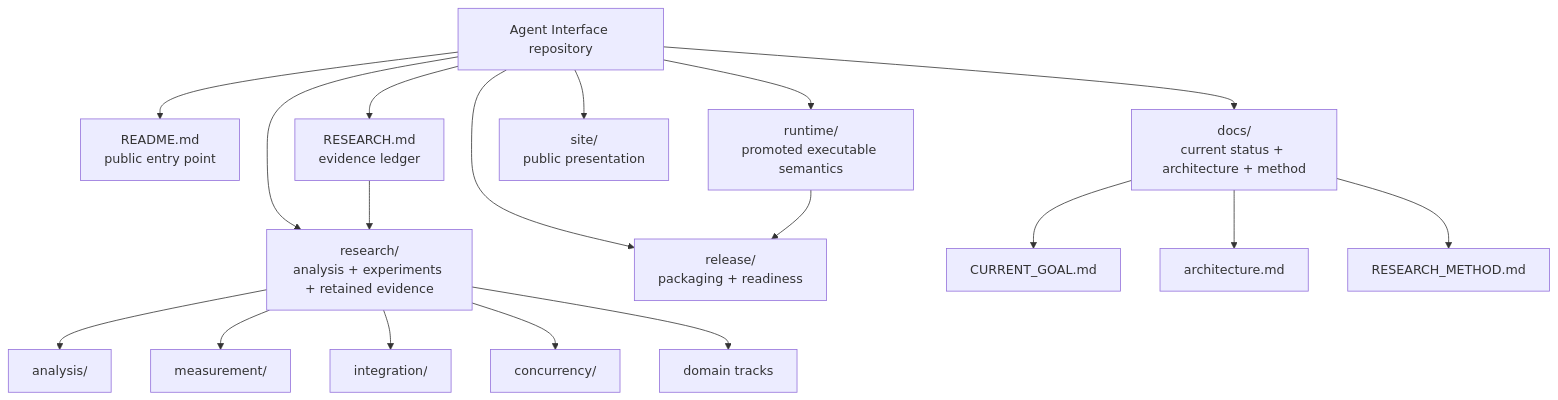
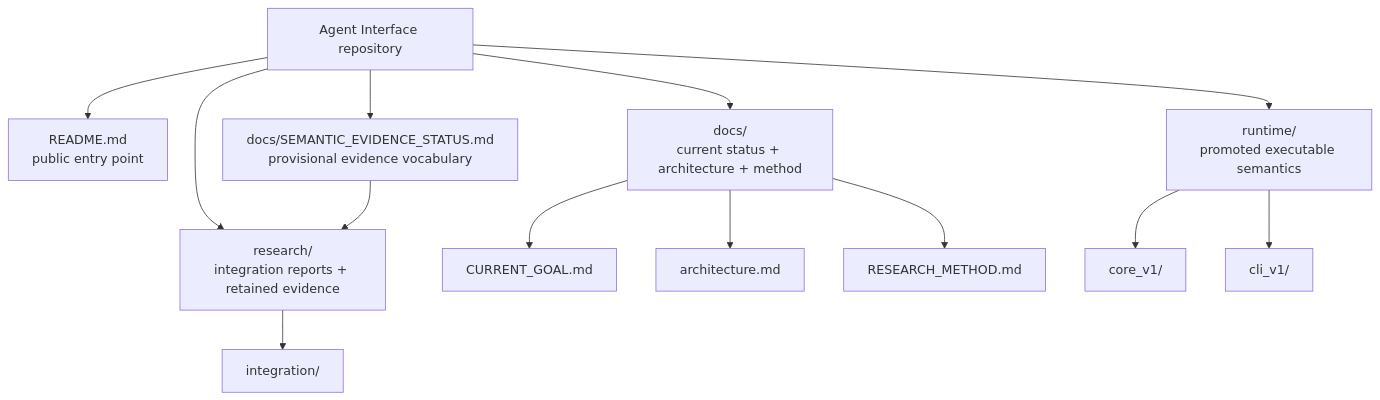
The first of 2 diagrams in docs/README.md (Unjuno/agent-interface), drawn with Mermaid before and after one commit. The commit also changed other lines of this file and 4 other files, not shown here.

````diff
--- a/docs/README.md
+++ b/docs/README.md
@@ -28,21 +29,16 @@
 ```mermaid
 flowchart TD
     ROOT[Agent Interface repository]
     ROOT --> ENTRY[README.md<br/>public entry point]
     ROOT --> DOCS[docs/<br/>current status + architecture + method]
-    ROOT --> EVID[RESEARCH.md<br/>evidence ledger]
-    ROOT --> RES[research/<br/>analysis + experiments + retained evidence]
+    ROOT --> EVID[docs/SEMANTIC_EVIDENCE_STATUS.md<br/>provisional evidence vocabulary]
+    ROOT --> RES[research/<br/>integration reports + retained evidence]
     ROOT --> RUN[runtime/<br/>promoted executable semantics]
-    ROOT --> REL[release/<br/>packaging + readiness]
-    ROOT --> SITE[site/<br/>public presentation]
     DOCS --> GOAL[CURRENT_GOAL.md]
     DOCS --> ARCH[architecture.md]
     DOCS --> METHOD[RESEARCH_METHOD.md]
-    RES --> ANA[analysis/]
-    RES --> MEAS[measurement/]
     RES --> INT[integration/]
-    RES --> CONC[concurrency/]
-    RES --> DOM[domain tracks]
     EVID --> RES
-    RUN --> REL
+    RUN --> CORE[core_v1/]
+    RUN --> CLI[cli_v1/]
 ```
````
